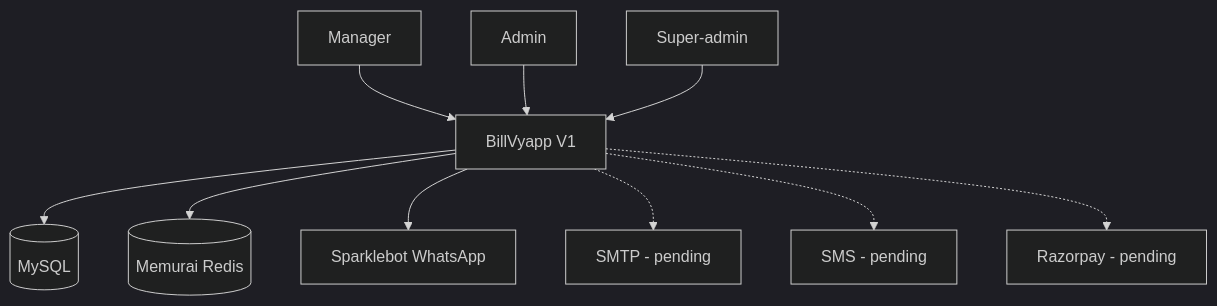
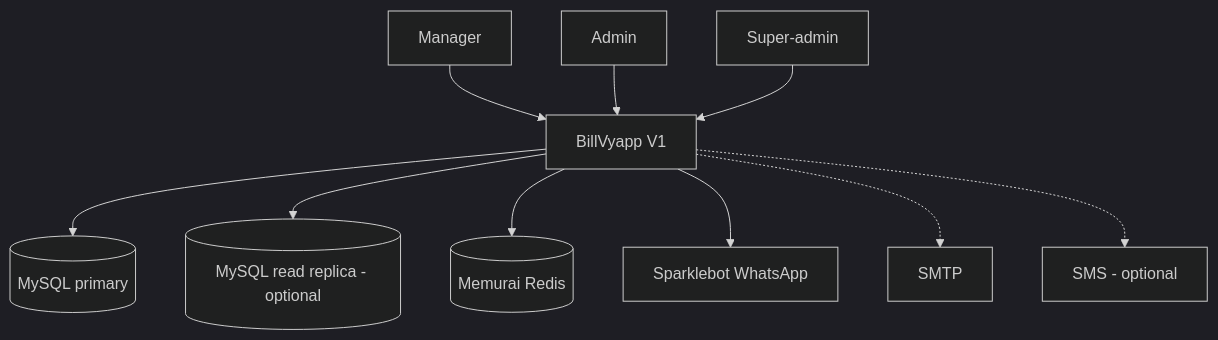
One commit to MetaForge-IT/BillVyapp-Production changed the second of 9 diagrams in ARCHITECTURE.md. Above: the diagram before and after it, drawn with Mermaid (dark theme). The commit also changed other lines of this file and 119 other files, not shown here.

````diff
--- a/ARCHITECTURE.md
+++ b/ARCHITECTURE.md
@@ -102,12 +111,12 @@
 ```mermaid
 flowchart TB
   Manager["Manager"] --> App["BillVyapp V1"]
   Admin["Admin"] --> App
   SuperAdmin["Super-admin"] --> App
-  App --> MySQL[("MySQL")]
+  App --> MySQL[("MySQL primary")]
+  App --> MySQLRead[("MySQL read replica - optional")]
   App --> Redis[("Memurai Redis")]
   App --> WA["Sparklebot WhatsApp"]
-  App -.-> SMTP["SMTP - pending"]
-  App -.-> SMS["SMS - pending"]
-  App -.-> RZ["Razorpay - pending"]
+  App -.-> SMTP["SMTP"]
+  App -.-> SMS["SMS - optional"]
 ```
````
